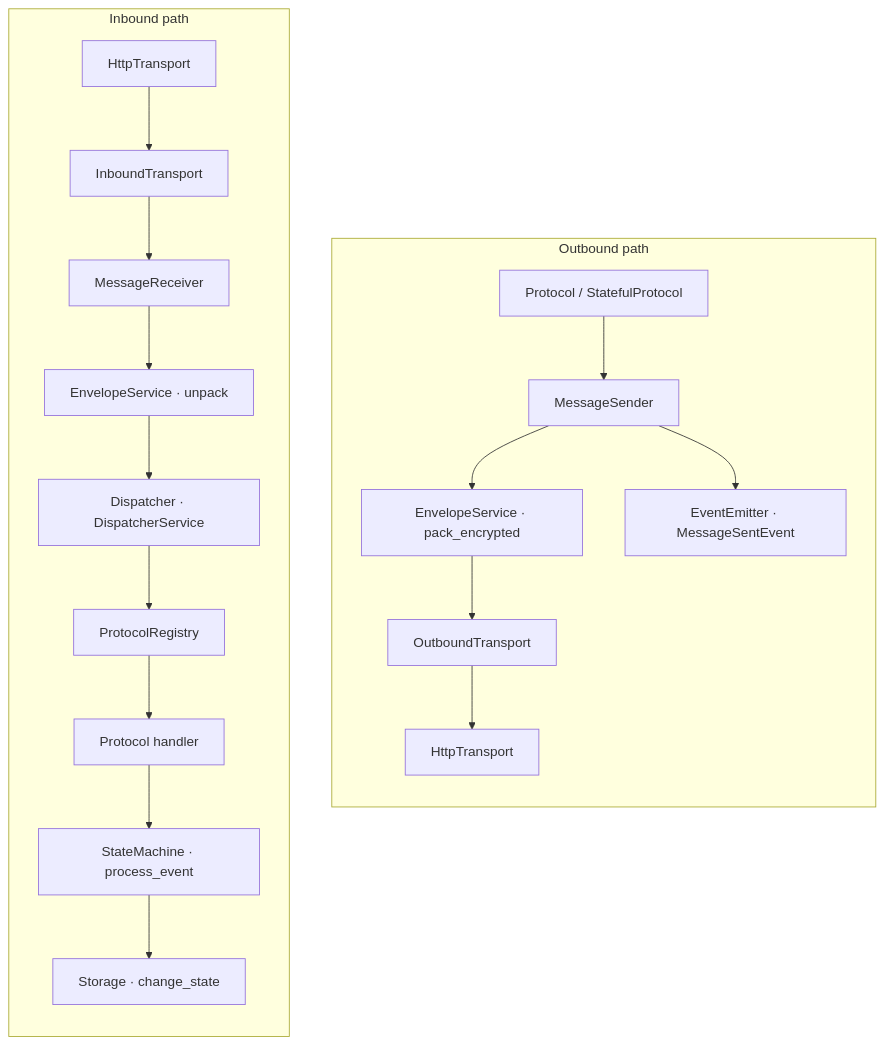
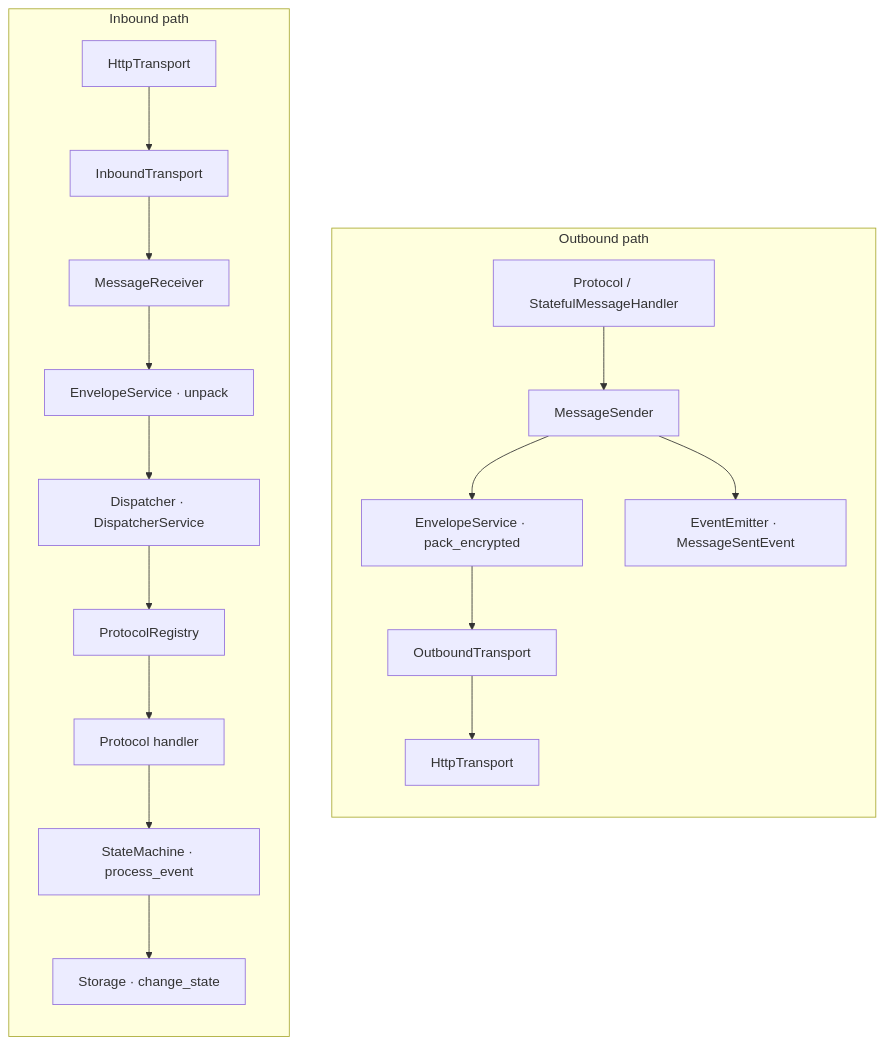
One commit to equs-ai/equs-credentials-sdk changed the third of 6 diagrams in docs/didcomm-protocol-components.md. Above: the diagram before and after it, drawn with Mermaid. The commit also changed other lines of this file, not shown here.

Commit message:
Corrected component names in protocol arch docs

````diff
--- a/docs/didcomm-protocol-components.md
+++ b/docs/didcomm-protocol-components.md
@@ -181,22 +190,22 @@
 ```mermaid
 flowchart TB
     subgraph OUT["Outbound path"]
         direction TB
-        P1["Protocol / StatefulProtocol"] --> S1["MessageSender"]
+        P1["Protocol / StatefulMessageHandler"] --> S1["MessageSender"]
         S1 --> E1["EnvelopeService · pack_encrypted"]
         E1 --> O1["OutboundTransport"]
         O1 --> H1["HttpTransport"]
         S1 --> EM1["EventEmitter · MessageSentEvent"]
     end
     subgraph IN["Inbound path"]
         direction TB
         H2["HttpTransport"] --> I2["InboundTransport"]
         I2 --> R2["MessageReceiver"]
         R2 --> E2["EnvelopeService · unpack"]
         E2 --> D2["Dispatcher · DispatcherService"]
         D2 --> G2["ProtocolRegistry"]
         G2 --> P2["Protocol handler"]
         P2 --> SM2["StateMachine · process_event"]
         SM2 --> ST2["Storage · change_state"]
     end
 ```
````
